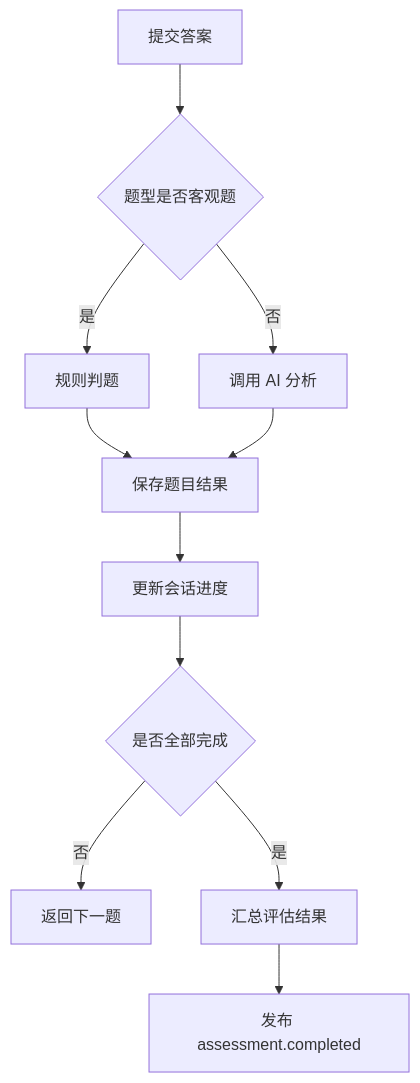
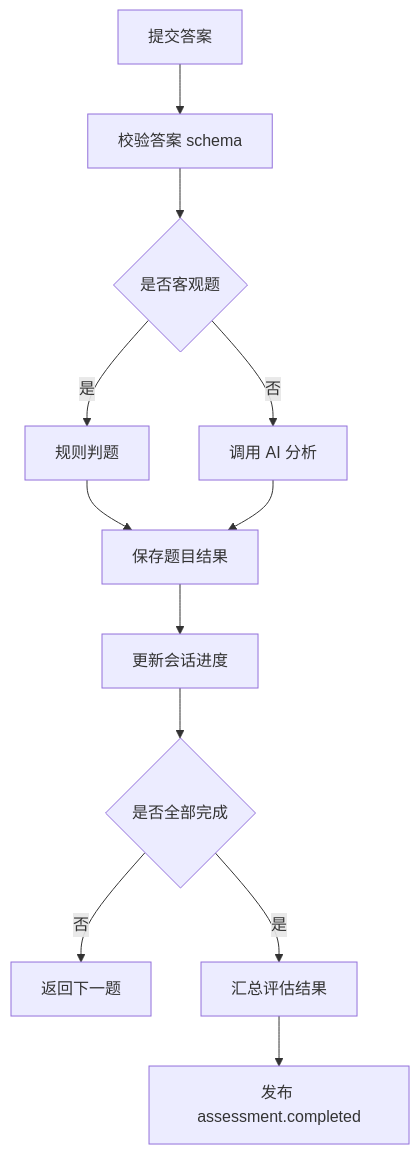
One commit to angelash/StudyAgent changed the second of 2 diagrams in doc/module-design/03-评估引擎模块.md. Above: the diagram before and after it, drawn with Mermaid. The commit also changed other lines of this file and 8 other files, not shown here.

````diff
--- a/doc/module-design/03-评估引擎模块.md
+++ b/doc/module-design/03-评估引擎模块.md
@@ -126,13 +137,14 @@
 ```mermaid
 flowchart TD
-    A[提交答案] --> B{题型是否客观题}
-    B -->|是| C[规则判题]
-    B -->|否| D[调用 AI 分析]
-    C --> E[保存题目结果]
-    D --> E
-    E --> F[更新会话进度]
-    F --> G{是否全部完成}
-    G -->|否| H[返回下一题]
-    G -->|是| I[汇总评估结果]
-    I --> J[发布 assessment.completed]
+    A[提交答案] --> B[校验答案 schema]
+    B --> C{是否客观题}
+    C -->|是| D[规则判题]
+    C -->|否| E[调用 AI 分析]
+    D --> F[保存题目结果]
+    E --> F
+    F --> G[更新会话进度]
+    G --> H{是否全部完成}
+    H -->|否| I[返回下一题]
+    H -->|是| J[汇总评估结果]
+    J --> K[发布 assessment.completed]
 ```
````
